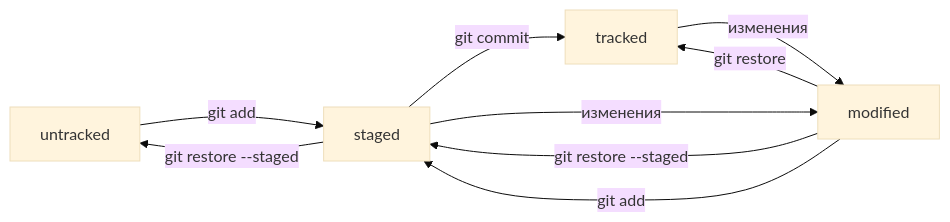
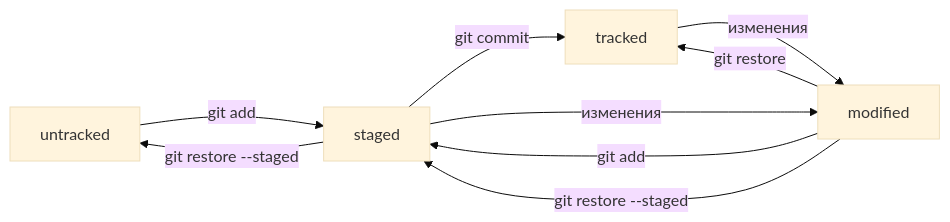
One commit to phantom-333/git-help changed the diagram in README.md. Above: the diagram before and after it, drawn with Mermaid (base theme). The commit also changed other lines of this file, not shown here.

Commit message:
Дополнить информацию про git restore

````diff
--- a/README.md
+++ b/README.md
@@ -80,12 +80,12 @@
 ```mermaid
 %% Статусы файлов:
 graph LR;
   untracked -- "git add"       --> staged;
   staged    -- "git restore --staged"  --> untracked;
+  modified  -- "git add"       --> staged;
   staged    -- "git commit"    --> tracked;
-  modified  -- "git restore --staged"   --> staged;
   staged    -- "изменения"     --> modified;
   tracked   -- "изменения"     --> modified;
   modified  -- "git restore"   --> tracked;
-  modified  -- "git add"       --> staged;
+  modified  -- "git restore --staged"   --> staged;
 ```
````
